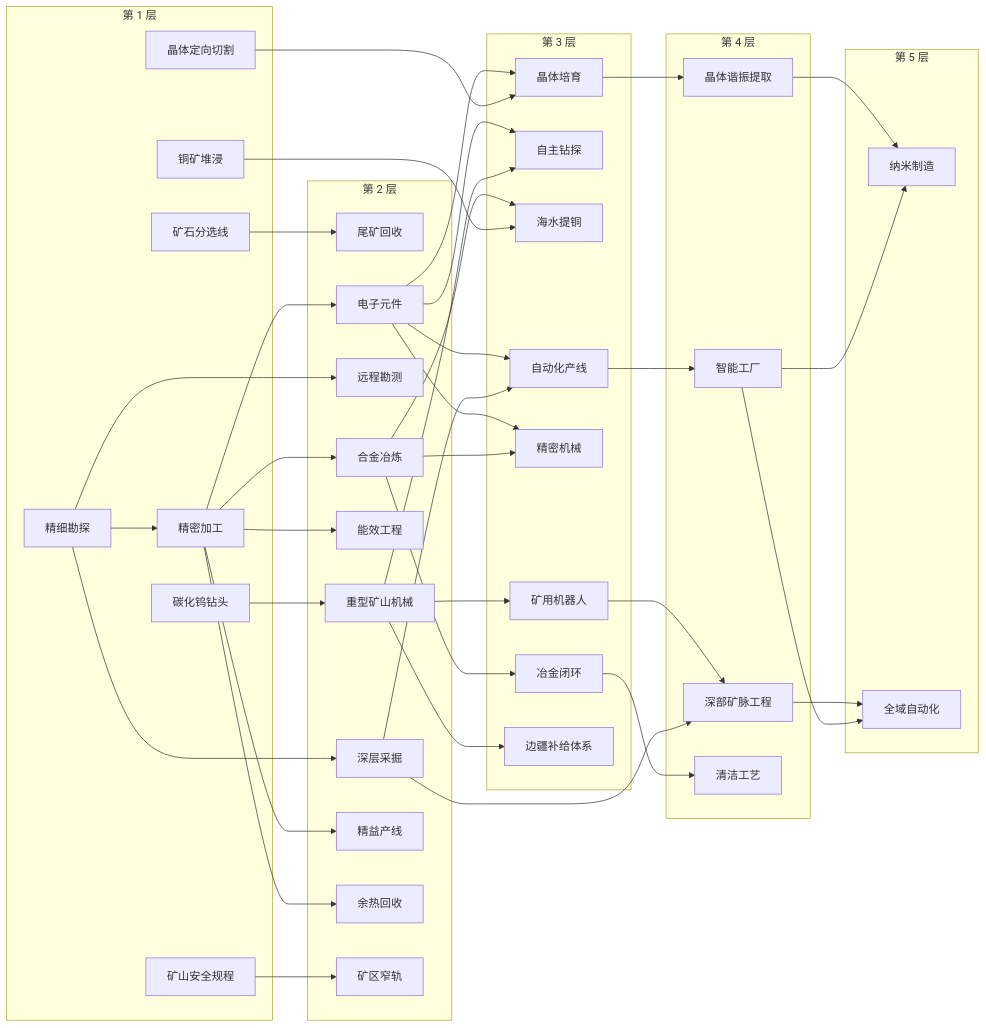
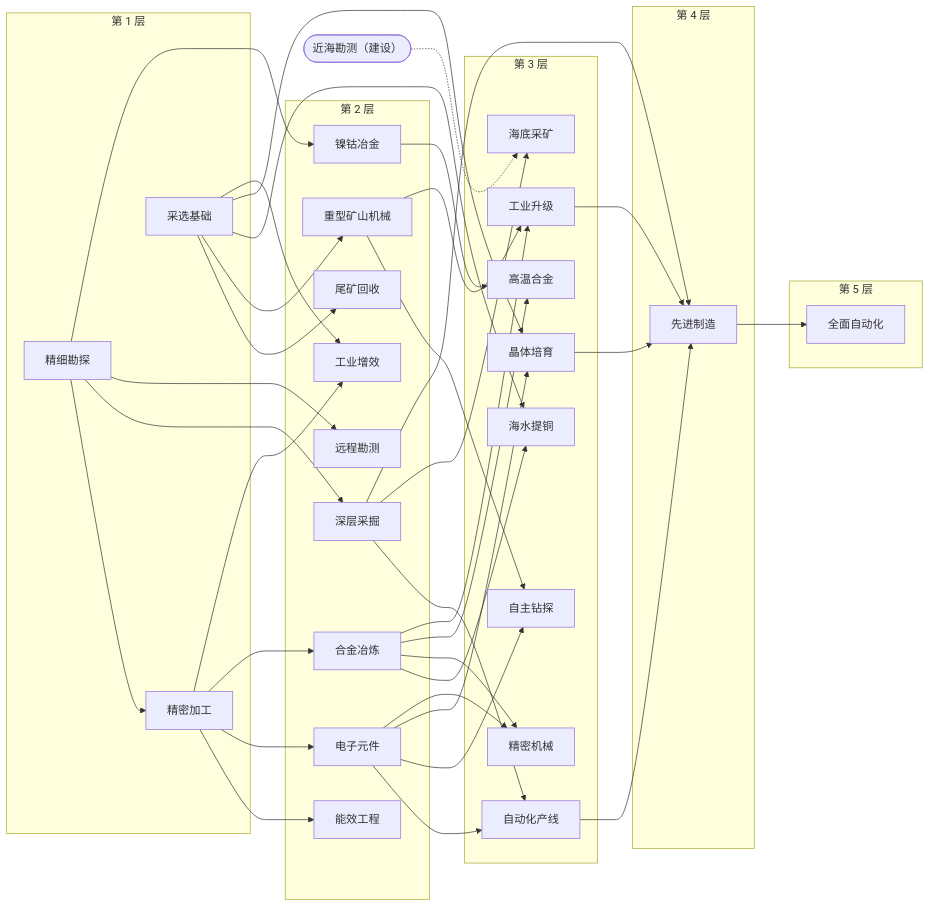
The first of 4 diagrams in docs/v17/TECH_TREE.md (Konstantiy1453/brave-new-world), drawn with Mermaid before and after one commit. The commit also changed other lines of this file and 23 other files, not shown here.

````diff
--- a/docs/v17/TECH_TREE.md
+++ b/docs/v17/TECH_TREE.md
@@ -29,77 +29,68 @@
 ```mermaid
 flowchart LR
   subgraph T1["第 1 层"]
     survey["精细勘探"]
-    drill_bits["碳化钨钻头"]
-    ore_sorting["矿石分选线"]
-    copper_leach["铜矿堆浸"]
-    crystal_cutting["晶体定向切割"]
-    mine_safety["矿山安全规程"]
     processing["精密加工"]
+    industry_1_merged["采选基础"]
   end
   subgraph T2["第 2 层"]
     tailings_recovery["尾矿回收"]
     deep_mining["深层采掘"]
     prospecting["远程勘测"]
     heavy_machinery["重型矿山机械"]
     efficiency["能效工程"]
     electronics["电子元件"]
     alloy_smelting["合金冶炼"]
-    lean_line["精益产线"]
-    smelter_heat["余热回收"]
-    ore_trains["矿区窄轨"]
+    nickel_metallurgy["镍钴冶金"]
+    industry_2_merged["工业增效"]
   end
   subgraph T3["第 3 层"]
     automation["自动化产线"]
     auto_drilling["自主钻探"]
     seawater_extraction["海水提铜"]
     crystal_growth["晶体培育"]
     precision_machinery["精密机械"]
-    metal_cycle["冶金闭环"]
-    mine_robots["矿用机器人"]
-    frontier_logistics["边疆补给体系"]
+    seabed_mining["海底采矿"]
+    superalloys["高温合金"]
+    industry_3_merged["工业升级"]
   end
   subgraph T4["第 4 层"]
-    deep_core["深部矿脉工程"]
-    crystal_resonance["晶体谐振提取"]
-    smart_factory["智能工厂"]
-    clean_process["清洁工艺"]
+    industry_4_merged["先进制造"]
   end
   subgraph T5["第 5 层"]
-    nano_fabrication["纳米制造"]
-    total_automation["全域自动化"]
+    industry_5_merged["全面自动化"]
   end
+  offshore_survey(["近海勘测（建设）"])
   survey --> processing
-  ore_sorting --> tailings_recovery
+  industry_1_merged --> tailings_recovery
   survey --> deep_mining
   survey --> prospecting
-  drill_bits --> heavy_machinery
+  industry_1_merged --> heavy_machinery
   processing --> efficiency
   processing --> electronics
   processing --> alloy_smelting
-  processing --> lean_line
-  processing --> smelter_heat
-  mine_safety --> ore_trains
   deep_mining --> automation
   electronics --> automation
   heavy_machinery --> auto_drilling
   electronics --> auto_drilling
-  copper_leach --> seawater_extraction
+  industry_1_merged --> seawater_extraction
   alloy_smelting --> seawater_extraction
-  crystal_cutting --> crystal_growth
+  industry_1_merged --> crystal_growth
   electronics --> crystal_growth
   alloy_smelting --> precision_machinery
   electronics --> precision_machinery
-  alloy_smelting --> metal_cycle
-  heavy_machinery --> mine_robots
-  heavy_machinery --> frontier_logistics
-  deep_mining --> deep_core
-  mine_robots --> deep_core
-  crystal_growth --> crystal_resonance
-  automation --> smart_factory
-  metal_cycle --> clean_process
-  smart_factory --> nano_fabrication
-  crystal_resonance --> nano_fabrication
-  smart_factory --> total_automation
-  deep_core --> total_automation
+  offshore_survey -.-> seabed_mining
+  deep_mining --> seabed_mining
+  survey --> nickel_metallurgy
+  nickel_metallurgy --> superalloys
+  alloy_smelting --> superalloys
+  processing --> industry_2_merged
+  industry_1_merged --> industry_2_merged
+  alloy_smelting --> industry_3_merged
+  heavy_machinery --> industry_3_merged
+  deep_mining --> industry_4_merged
+  industry_3_merged --> industry_4_merged
+  crystal_growth --> industry_4_merged
+  automation --> industry_4_merged
+  industry_4_merged --> industry_5_merged
 ```
````
